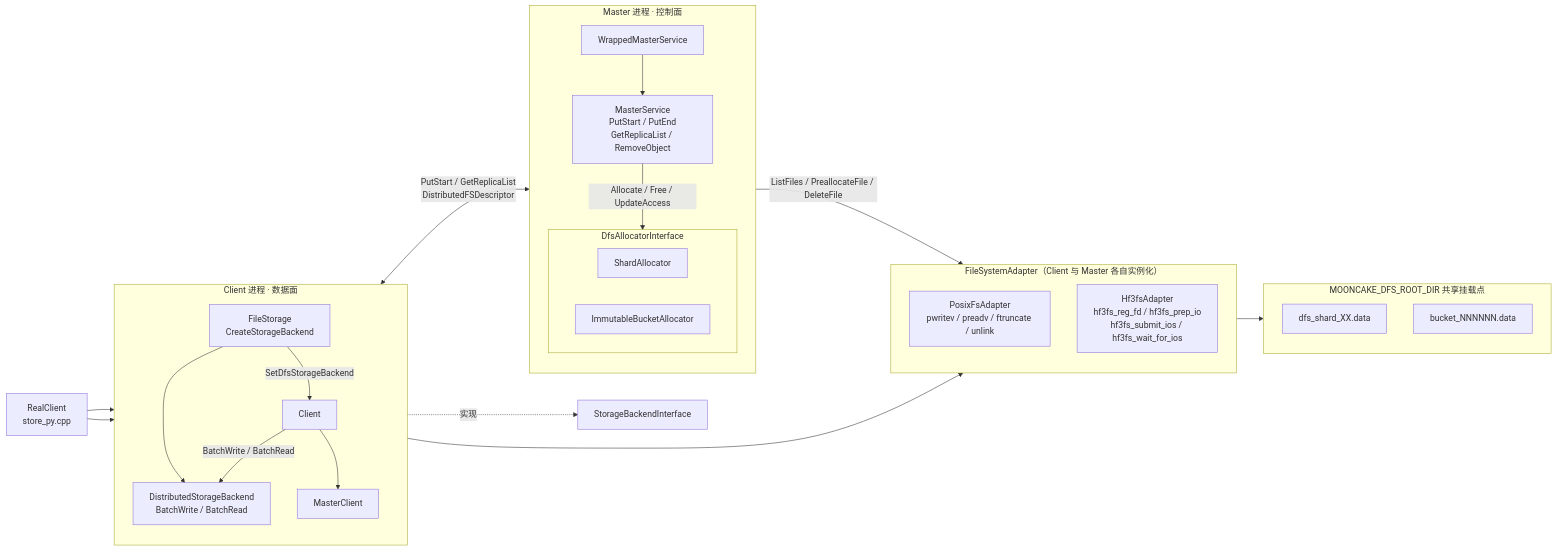
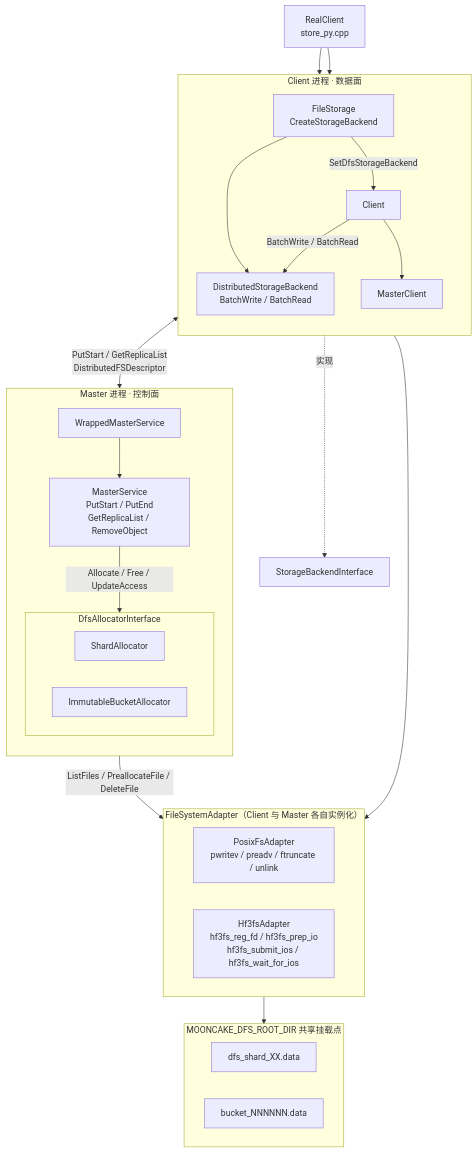
Before and after one commit to zwj20000328-dotcom/Mooncake-documents: the diagram in dfs-in-system-position.md, drawn with Mermaid.

Commit message:
modified:   dfs-in-system-position.md

````diff
--- a/dfs-in-system-position.md
+++ b/dfs-in-system-position.md
@@ -1,54 +1,53 @@
 ```mermaid
-flowchart LR
+flowchart TB
     CALLER["RealClient<br/>store_py.cpp"]
 
     subgraph CLIENT["Client 进程 · 数据面"]
         direction TB
         FST["FileStorage<br/>CreateStorageBackend"]
         CL["Client"]
         MC["MasterClient"]
         DSB["DistributedStorageBackend<br/>BatchWrite / BatchRead"]
+        FST --> DSB
+        FST -->|SetDfsStorageBackend| CL
+        CL -->|BatchWrite / BatchRead| DSB
+        CL --> MC
     end
 
     subgraph MASTER["Master 进程 · 控制面"]
         direction TB
         WMS["WrappedMasterService"]
         MS["MasterService<br/>PutStart / PutEnd<br/>GetReplicaList / RemoveObject"]
         subgraph DAI["DfsAllocatorInterface"]
             direction LR
             SA["ShardAllocator"]
             BA["ImmutableBucketAllocator"]
         end
+        WMS --> MS
+        MS -->|Allocate / Free / UpdateAccess| DAI
     end
 
+    SBI["StorageBackendInterface"]
+
     subgraph FSA["FileSystemAdapter（Client 与 Master 各自实例化）"]
-        direction TB
+        direction LR
         PFA["PosixFsAdapter<br/>pwritev / preadv / ftruncate / unlink"]
         HFA["Hf3fsAdapter<br/>hf3fs_reg_fd / hf3fs_prep_io<br/>hf3fs_submit_ios / hf3fs_wait_for_ios"]
     end
 
     subgraph MOUNT["MOONCAKE_DFS_ROOT_DIR 共享挂载点"]
-        direction TB
+        direction LR
         SHARD["dfs_shard_XX.data"]
         BUCKET["bucket_NNNNNN.data"]
     end
 
-    SBI["StorageBackendInterface"]
-
+    CALLER --> FST
     CALLER --> CL
-    CALLER --> FST
-    FST --> DSB
-    FST -->|SetDfsStorageBackend| CL
-    CL -->|BatchWrite / BatchRead| DSB
-    CL --> MC
 
     MC <-->|PutStart / GetReplicaList<br/>DistributedFSDescriptor| WMS
-    WMS --> MS
-    MS -->|Allocate / Free / UpdateAccess| DAI
 
     DSB --> FSA
     DAI -->|ListFiles / PreallocateFile / DeleteFile| FSA
+    DSB -.->|实现| SBI
     FSA --> MOUNT
-
-    DSB -.->|实现| SBI
 ```
````
